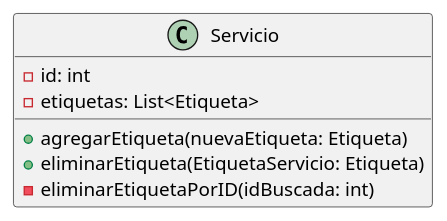
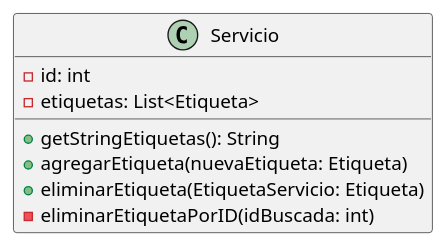
Before and after one commit to mbertogliati/dds-tpa: the diagram in DC/E3/domain/servicios/Servicio.puml, drawn with PlantUML. The commit also changed 7 other files, not shown here.

```diff
--- a/DC/E3/domain/servicios/Servicio.puml
+++ b/DC/E3/domain/servicios/Servicio.puml
@@ -1,14 +1,14 @@
 @startuml
 'https://plantuml.com/class-diagram
 
 class Servicio{
     - id: int
     - etiquetas: List<Etiqueta>
 
+    + getStringEtiquetas(): String
     + agregarEtiqueta(nuevaEtiqueta: Etiqueta)
     + eliminarEtiqueta(EtiquetaServicio: Etiqueta)
     - eliminarEtiquetaPorID(idBuscada: int)
-
 }
 
 @enduml
```
